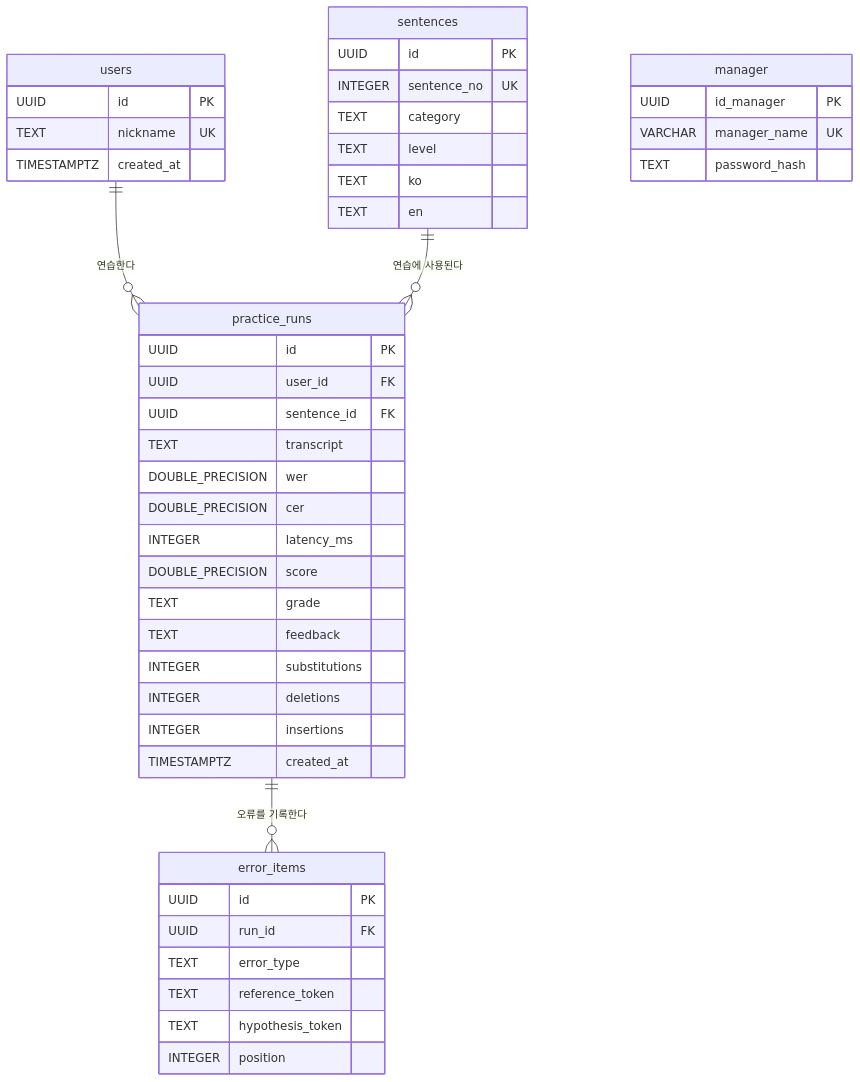
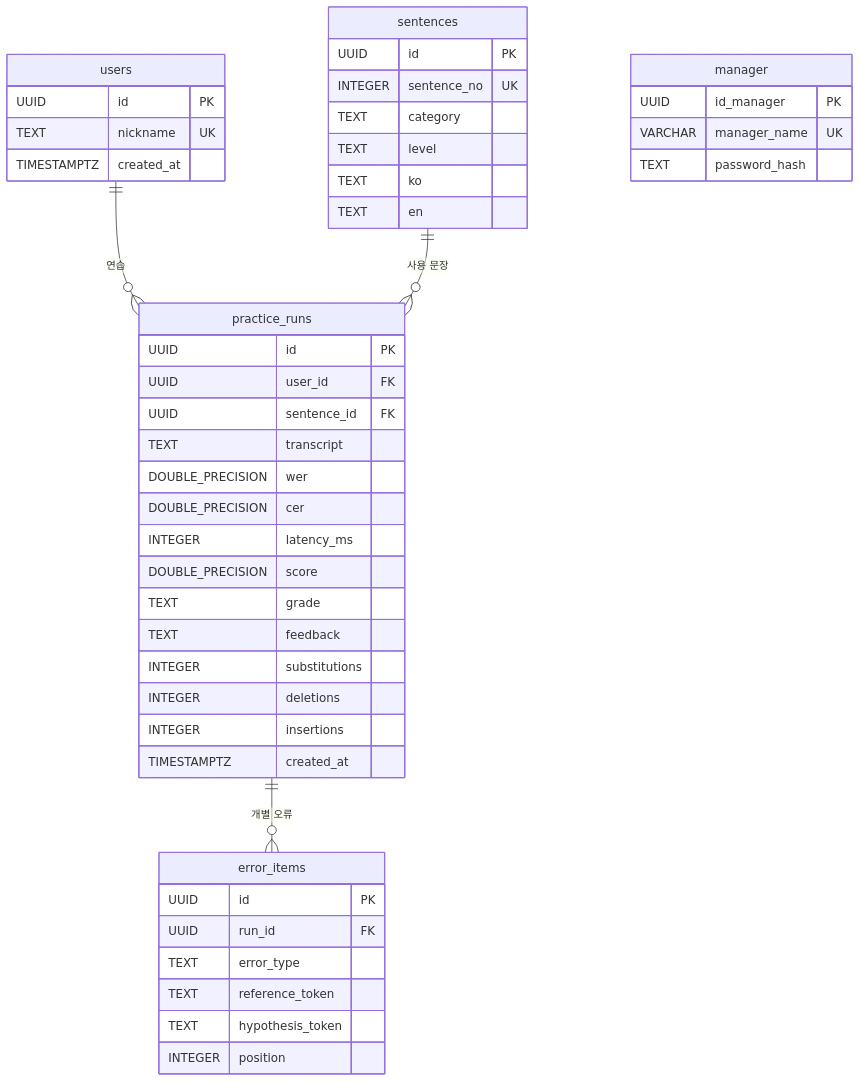
The diagram in ttsstt/day38/2팀_2차프로젝트_안내서&산출물양식/04_DB설계서.md (swj15935758-creator/only_clone), drawn with Mermaid before and after one commit. The commit also changed other lines of this file and 4 other files, not shown here.

````diff
--- a/ttsstt/day38/2팀_2차프로젝트_안내서&산출물양식/04_DB설계서.md
+++ b/ttsstt/day38/2팀_2차프로젝트_안내서&산출물양식/04_DB설계서.md
@@ -9,53 +4,49 @@
 ```mermaid
 erDiagram
-    users ||--o{ practice_runs : "연습한다"
-    sentences ||--o{ practice_runs : "연습에 사용된다"
-    practice_runs ||--o{ error_items : "오류를 기록한다"
+    users ||--o{ practice_runs : "연습"
+    sentences ||--o{ practice_runs : "사용 문장"
+    practice_runs ||--o{ error_items : "개별 오류"
 
     users {
         UUID id PK
         TEXT nickname UK
         TIMESTAMPTZ created_at
     }
-
     sentences {
         UUID id PK
         INTEGER sentence_no UK
         TEXT category
         TEXT level
         TEXT ko
         TEXT en
     }
-
     practice_runs {
         UUID id PK
         UUID user_id FK
         UUID sentence_id FK
         TEXT transcript
         DOUBLE_PRECISION wer
         DOUBLE_PRECISION cer
         INTEGER latency_ms
         DOUBLE_PRECISION score
         TEXT grade
         TEXT feedback
         INTEGER substitutions
         INTEGER deletions
         INTEGER insertions
         TIMESTAMPTZ created_at
     }
-
     error_items {
         UUID id PK
         UUID run_id FK
         TEXT error_type
         TEXT reference_token
         TEXT hypothesis_token
         INTEGER position
     }
-
     manager {
         UUID id_manager PK
         VARCHAR manager_name UK
         TEXT password_hash
     }
 ```
````
